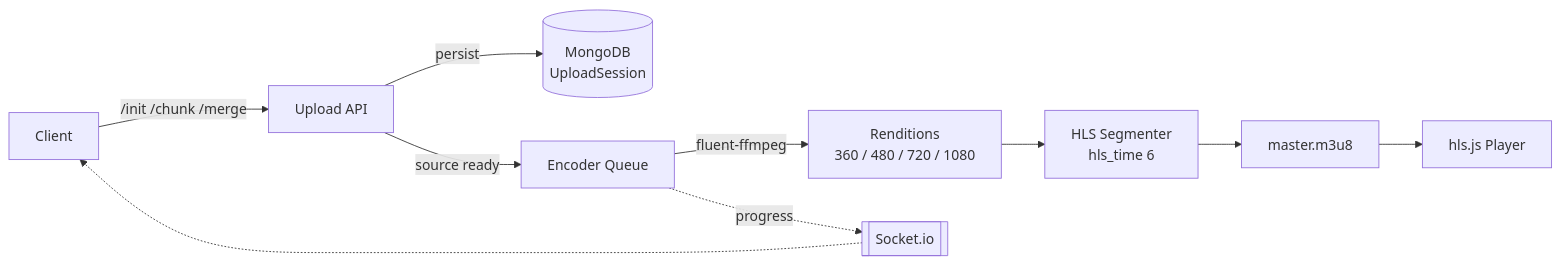
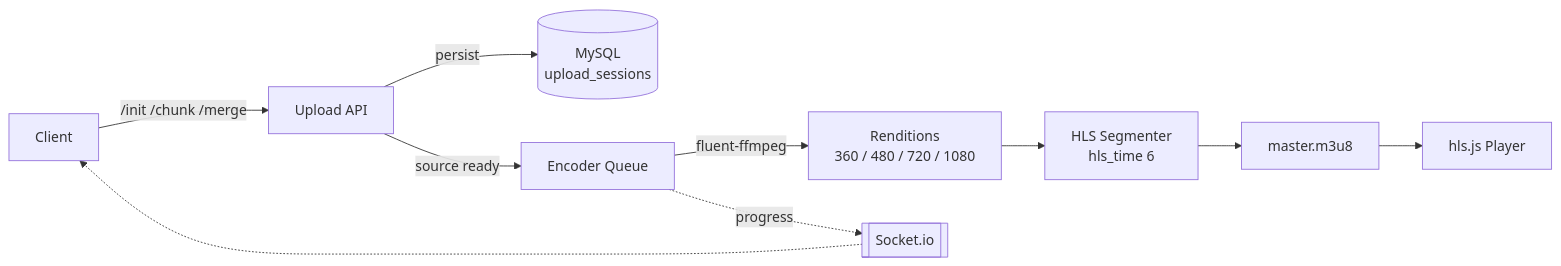
Before and after one commit to 5pyd3v/StreamVault: the diagram in README.md, drawn with Mermaid. The commit also changed other lines of this file and 15 other files, not shown here.

````diff
--- a/README.md
+++ b/README.md
@@ -119,12 +128,12 @@
 ```mermaid
 flowchart LR
     A[Client] -->|/init /chunk /merge| B[Upload API]
-    B -->|persist| C[(MongoDB<br/>UploadSession)]
+    B -->|persist| C[(MySQL<br/>upload_sessions)]
     B -->|source ready| D[Encoder Queue]
     D -->|fluent-ffmpeg| E[Renditions<br/>360 / 480 / 720 / 1080]
     E --> F[HLS Segmenter<br/>hls_time 6]
     F --> G[master.m3u8]
     G --> H[hls.js Player]
     D -.progress.-> I[[Socket.io]]
     I -.-> A
 ```
````
